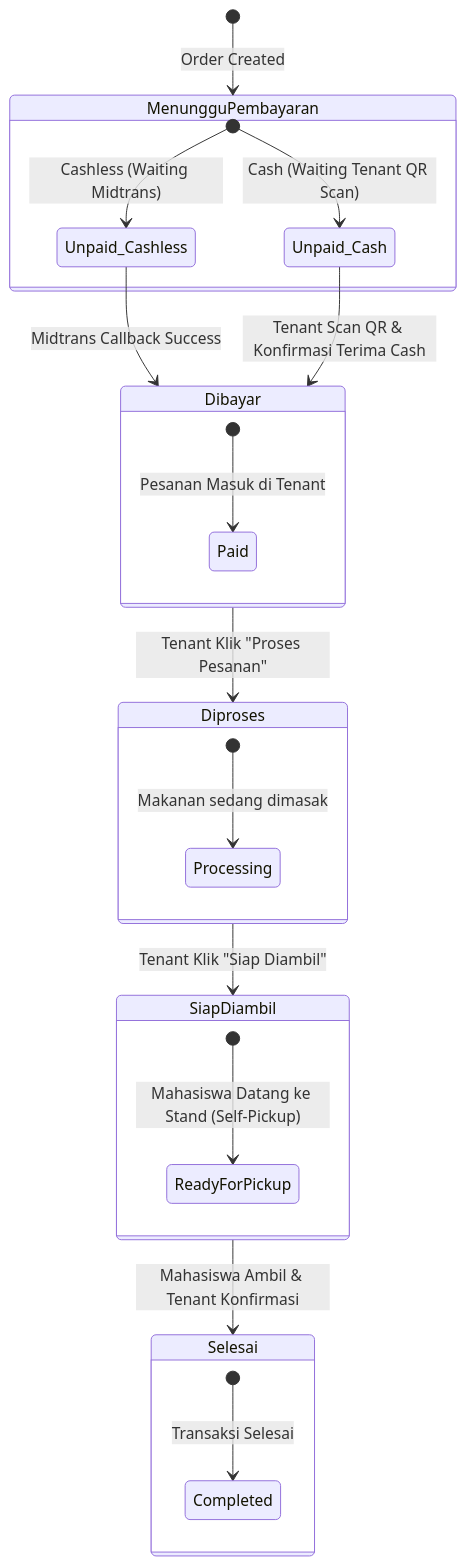
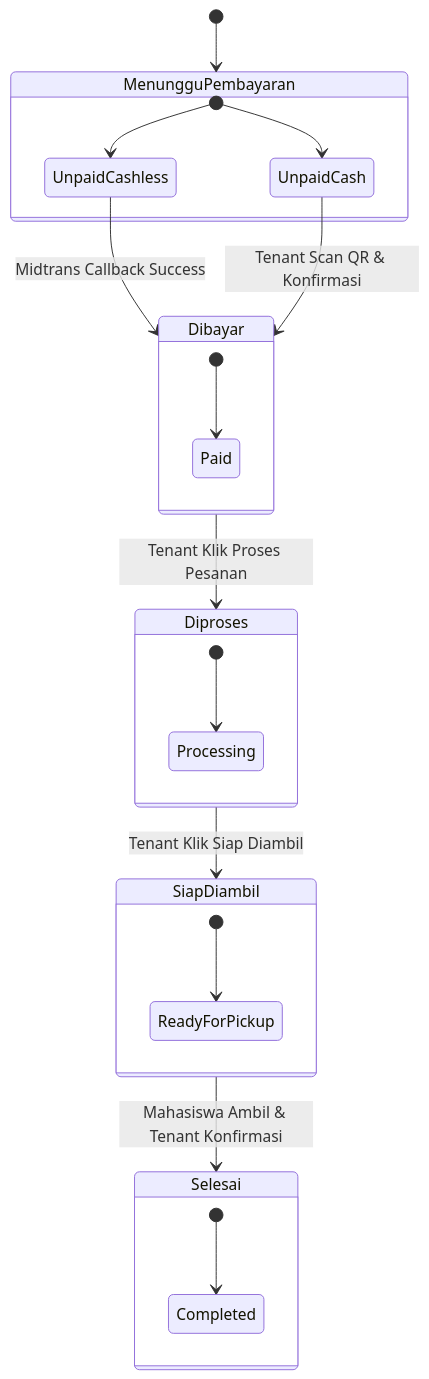
One commit to Hnzsama/smart_canteen changed the diagram in docs/10-status-order.md. Above: the diagram before and after it, drawn with Mermaid. The commit also changed 6 other files, not shown here.

Commit message:
fix(docs): enlarge Mermaid diagrams and add .nojekyll for GitHub Pages

````diff
--- a/docs/10-status-order.md
+++ b/docs/10-status-order.md
@@ -7,34 +7,34 @@
 ```mermaid
 stateDiagram-v2
-    [*] --> MenungguPembayaran : Order Created
+    [*] --> MenungguPembayaran
 
     state MenungguPembayaran {
-        [*] --> Unpaid_Cashless : Cashless (Waiting Midtrans)
-        [*] --> Unpaid_Cash : Cash (Waiting Tenant QR Scan)
+        [*] --> UnpaidCashless
+        [*] --> UnpaidCash
     }
 
-    Unpaid_Cashless --> Dibayar : Midtrans Callback Success
-    Unpaid_Cash --> Dibayar : Tenant Scan QR & Konfirmasi Terima Cash
+    UnpaidCashless --> Dibayar : Midtrans Callback Success
+    UnpaidCash --> Dibayar : Tenant Scan QR & Konfirmasi
 
     state Dibayar {
-        [*] --> Paid : Pesanan Masuk di Tenant
+        [*] --> Paid
     }
 
-    Dibayar --> Diproses : Tenant Klik "Proses Pesanan"
+    Dibayar --> Diproses : Tenant Klik Proses Pesanan
 
     state Diproses {
-        [*] --> Processing : Makanan sedang dimasak
+        [*] --> Processing
     }
 
-    Diproses --> SiapDiambil : Tenant Klik "Siap Diambil"
+    Diproses --> SiapDiambil : Tenant Klik Siap Diambil
 
     state SiapDiambil {
-        [*] --> ReadyForPickup : Mahasiswa Datang ke Stand (Self-Pickup)
+        [*] --> ReadyForPickup
     }
 
     SiapDiambil --> Selesai : Mahasiswa Ambil & Tenant Konfirmasi
 
     state Selesai {
-        [*] --> Completed : Transaksi Selesai
+        [*] --> Completed
     }
 ```
````
